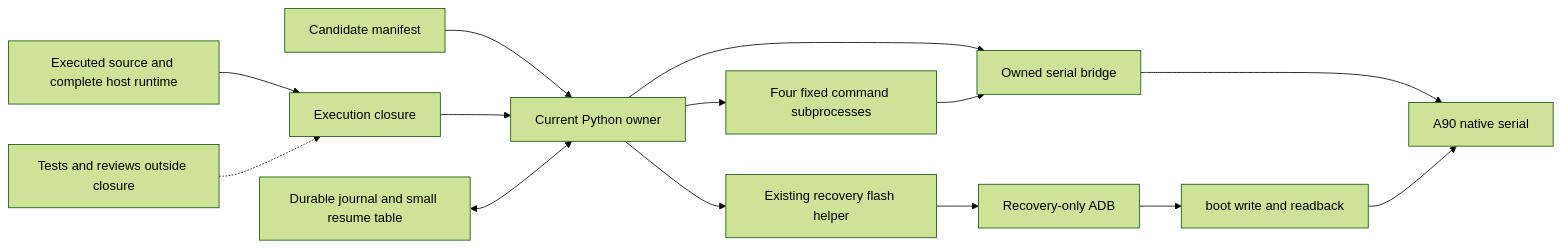
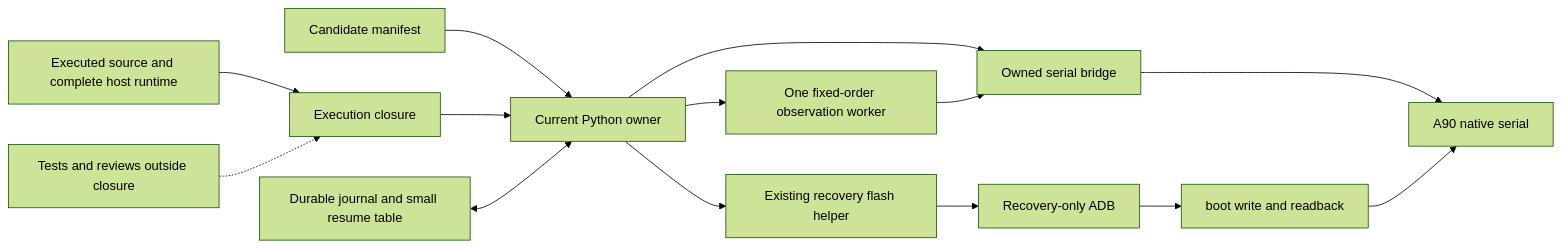
The diagram in docs/security/hardening/a90-boot-only-f1-owner-reuse-2026-08-20/diagrams/a90-f1-owner-reuse-boundary-strong-closure-after.mmd (Temmie-Tem/android-native-init-lab), drawn with Mermaid (forest theme) before and after one commit. The commit also changed 9 other files, not shown here.

Commit message:
refactor(a90): consolidate F1 observation worker

```diff
--- a/docs/security/hardening/a90-boot-only-f1-owner-reuse-2026-08-20/diagrams/a90-f1-owner-reuse-boundary-strong-closure-after.mmd
+++ b/docs/security/hardening/a90-boot-only-f1-owner-reuse-2026-08-20/diagrams/a90-f1-owner-reuse-boundary-strong-closure-after.mmd
@@ -1,11 +1,11 @@
 flowchart LR
   M["Candidate manifest"] --> O["Current Python owner"]
   X["Executed source and complete host runtime"] --> C["Execution closure"]
   C --> O
   O --> B["Owned serial bridge"]
-  O --> P["Four fixed command subprocesses"]
+  O --> P["One fixed-order observation worker"]
   P --> B --> N["A90 native serial"]
   O --> F["Existing recovery flash helper"]
   F --> A["Recovery-only ADB"] --> W["boot write and readback"] --> N
   J["Durable journal and small resume table"] <--> O
   E["Tests and reviews outside closure"] -.-> C
```
